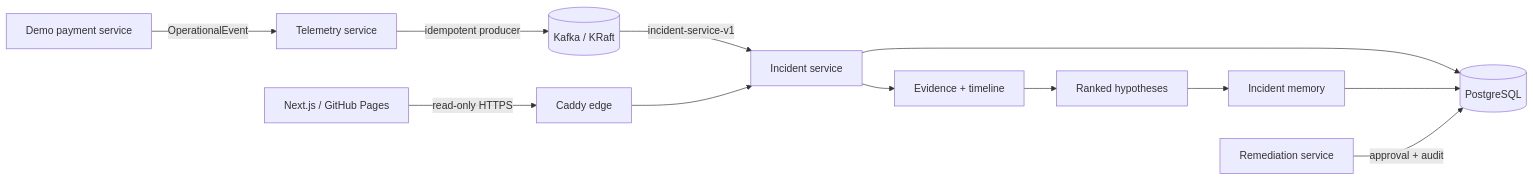
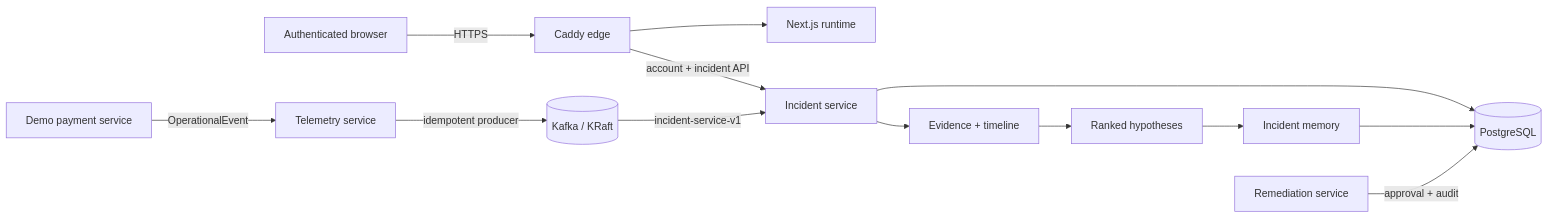
Before and after one commit to Varad11102/causora-incident-platform: the diagram in README.md, drawn with Mermaid. The commit also changed other lines of this file and 33 other files, not shown here.

````diff
--- a/README.md
+++ b/README.md
@@ -22,14 +22,15 @@
 ```mermaid
 flowchart LR
+    Browser[Authenticated browser] -->|HTTPS| Caddy[Caddy edge]
+    Caddy --> Next[Next.js runtime]
+    Caddy -->|account + incident API| Incident[Incident service]
     Demo[Demo payment service] -->|OperationalEvent| Telemetry[Telemetry service]
     Telemetry -->|idempotent producer| Kafka[(Kafka / KRaft)]
-    Kafka -->|incident-service-v1| Incident[Incident service]
+    Kafka -->|incident-service-v1| Incident
+    Incident --> Postgres[(PostgreSQL)]
     Incident --> Evidence[Evidence + timeline]
     Evidence --> Hypotheses[Ranked hypotheses]
     Hypotheses --> Memory[Incident memory]
-    Incident --> Postgres[(PostgreSQL)]
     Memory --> Postgres
-    Pages[Next.js / GitHub Pages] -->|read-only HTTPS| Caddy[Caddy edge]
-    Caddy --> Incident
     Remediation[Remediation service] -->|approval + audit| Postgres
 ```
````
